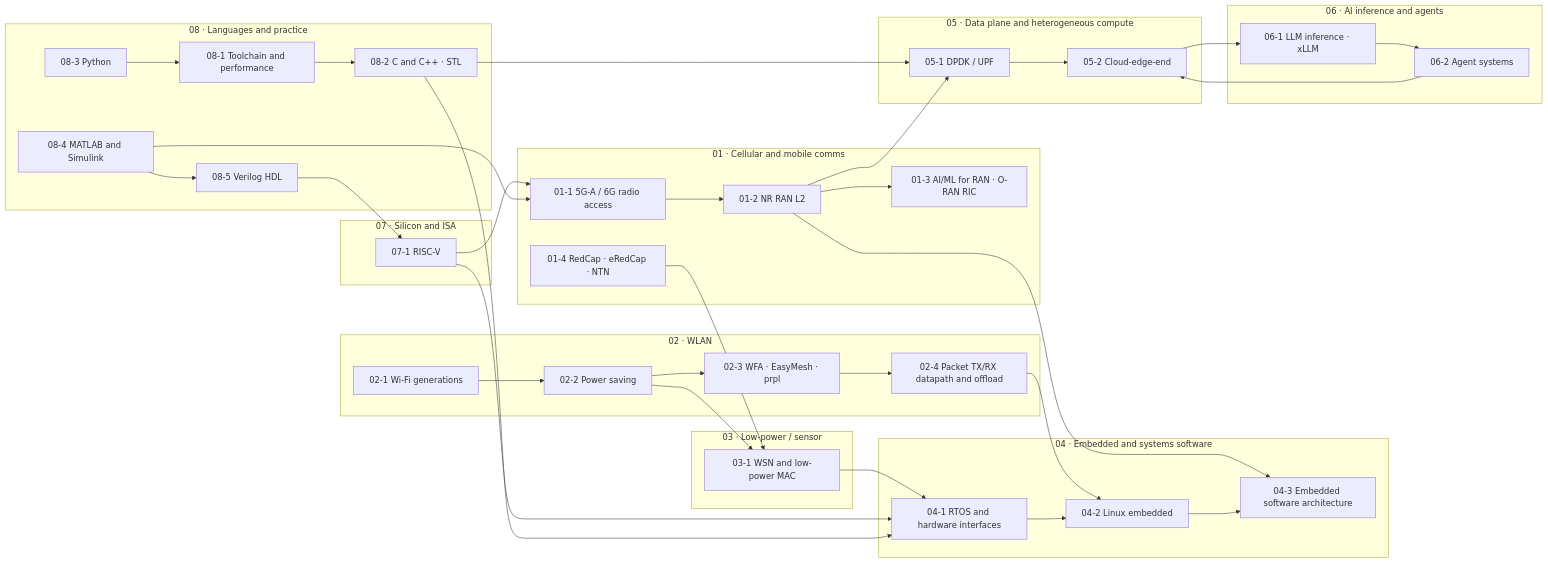
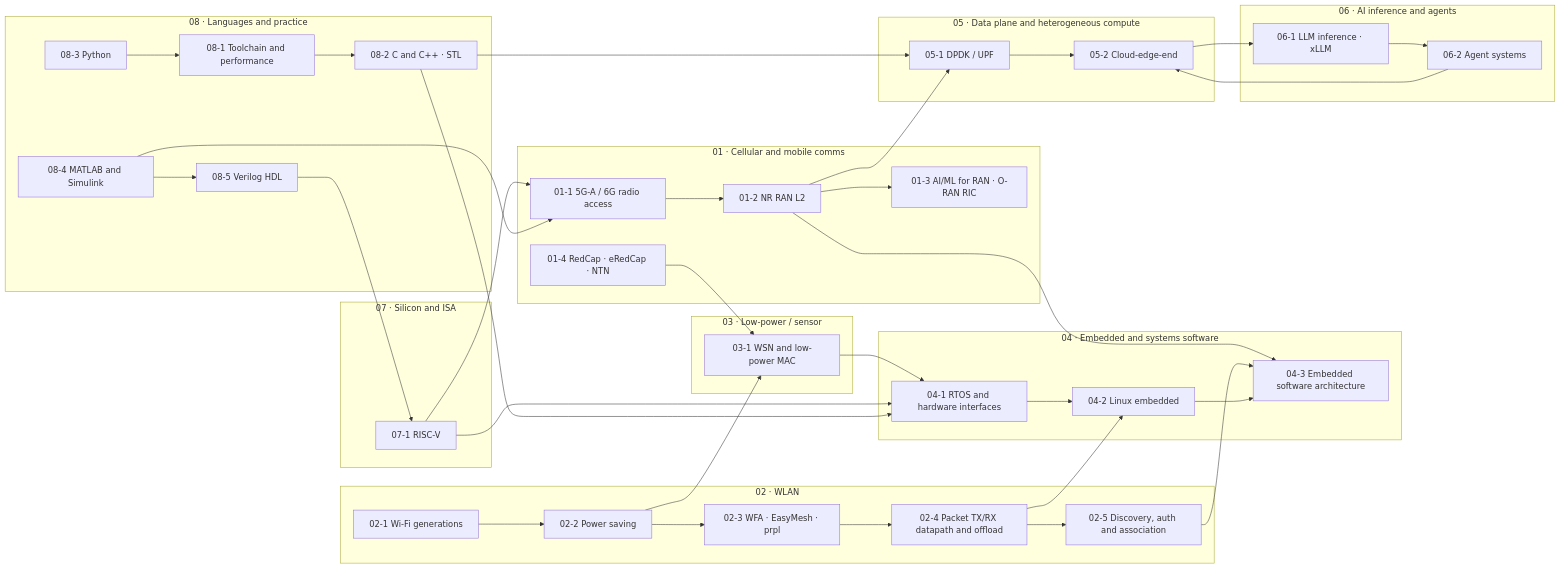
Before and after one commit to washingtonxr/xSkills: the second of 2 diagrams in knowledge-graph/00 MOC - Comms x Compute x AI Knowledge Graph.md, drawn with Mermaid. The commit also changed other lines of this file and 10 other files, not shown here.

````diff
--- a/knowledge-graph/00 MOC - Comms x Compute x AI Knowledge Graph.md
+++ b/knowledge-graph/00 MOC - Comms x Compute x AI Knowledge Graph.md
@@ -71,62 +71,65 @@
 ```mermaid
 flowchart LR
     subgraph g1["01 · Cellular and mobile comms"]
         c1["01-1 5G-A / 6G radio access"]
         c2["01-2 NR RAN L2"]
         c3["01-3 AI/ML for RAN · O-RAN RIC"]
         c4["01-4 RedCap · eRedCap · NTN"]
     end
     subgraph g2["02 · WLAN"]
         w1["02-1 Wi-Fi generations"]
         w2["02-2 Power saving"]
         w3["02-3 WFA · EasyMesh · prpl"]
         w4["02-4 Packet TX/RX datapath and offload"]
+        w5["02-5 Discovery, auth and association"]
     end
     subgraph g3["03 · Low-power / sensor"]
         s1["03-1 WSN and low-power MAC"]
     end
     subgraph g4["04 · Embedded and systems software"]
         e1["04-1 RTOS and hardware interfaces"]
         e2["04-2 Linux embedded"]
         e3["04-3 Embedded software architecture"]
     end
     subgraph g5["05 · Data plane and heterogeneous compute"]
         d1["05-1 DPDK / UPF"]
         d2["05-2 Cloud-edge-end"]
     end
     subgraph g6["06 · AI inference and agents"]
         i1["06-1 LLM inference · xLLM"]
         i2["06-2 Agent systems"]
     end
     subgraph g7["07 · Silicon and ISA"]
         r1["07-1 RISC-V"]
     end
     subgraph g8["08 · Languages and practice"]
         p1["08-1 Toolchain and performance"]
         p2["08-2 C and C++ · STL"]
         p3["08-3 Python"]
         p4["08-4 MATLAB and Simulink"]
         p5["08-5 Verilog HDL"]
     end
 
     c1 --> c2 --> c3
     c2 --> e3
     c4 --> s1
     w1 --> w2 --> w3
     w3 --> w4
+    w4 --> w5
+    w5 --> e3
     w4 --> e2
     w2 --> s1 --> e1
     e1 --> e2 --> e3
     c2 --> d1 --> d2
     d2 --> i1 --> i2
     i2 --> d2
     r1 --> c1
     r1 --> e1
     p2 --> e1
     p2 --> d1
     p1 --> p2
     p3 --> p1
     p4 --> c1
     p4 --> p5
     p5 --> r1
 ```
````
